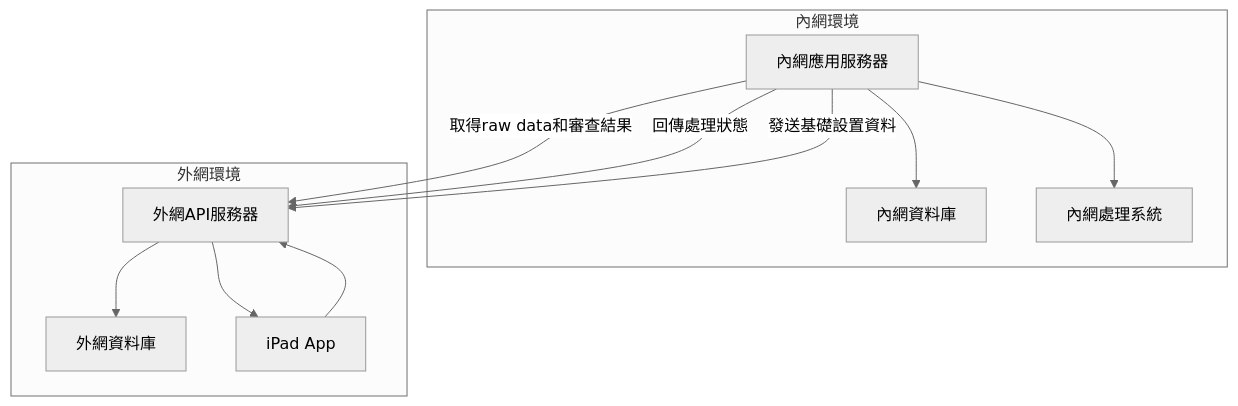
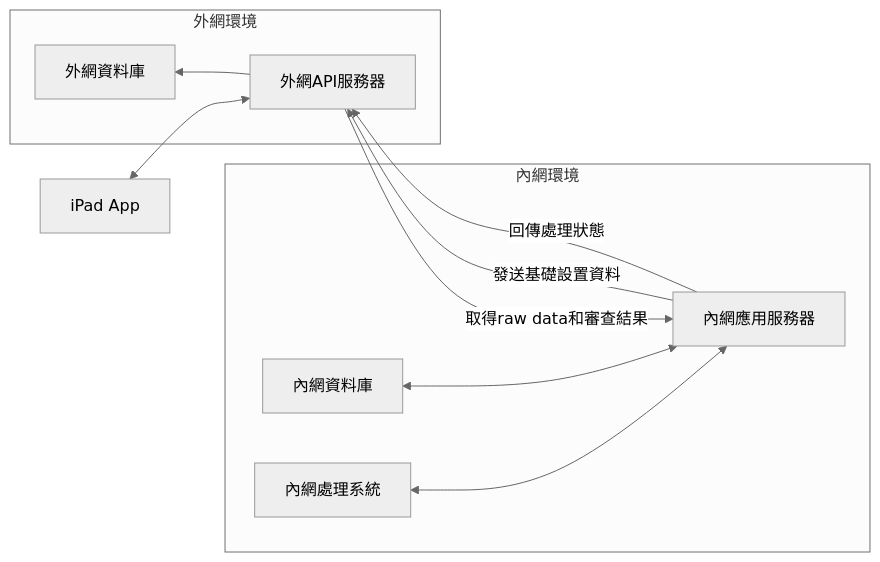
The diagram in README.md (sakiman/IP68), drawn with Mermaid (neutral theme) before and after one commit. The commit also changed other lines of this file and 1 other file, not shown here.

````diff
--- a/README.md
+++ b/README.md
@@ -14,17 +14,23 @@
 ```mermaid
-graph TD
+graph RL
     subgraph 內網環境
-        A[內網應用服務器] --> B[內網資料庫]
-        A --> C[內網處理系統]
+        S1[ ]
+        S2[ ]
+        A[內網應用服務器] <--> B[內網資料庫]
+        A <--> C[內網處理系統]
+    end
+        
+    subgraph 外網環境
+        D[外網API服務器] --> E[外網資料庫]
     end
     
-    subgraph 外網環境
-        D[外網API服務器] --> E[外網資料庫]
-        F[iPad App] --> D
-        D --> F
-    end
+    F[iPad App]
+    D <--> F
     
-    A -- 取得raw data和審查結果 --> D
+    D -- 取得raw data和審查結果 --> A
     A -- 回傳處理狀態 --> D
     A -- 發送基礎設置資料 --> D
+
+    style S1 fill:none,stroke:none
+    style S2 fill:none,stroke:none
 ```
````
